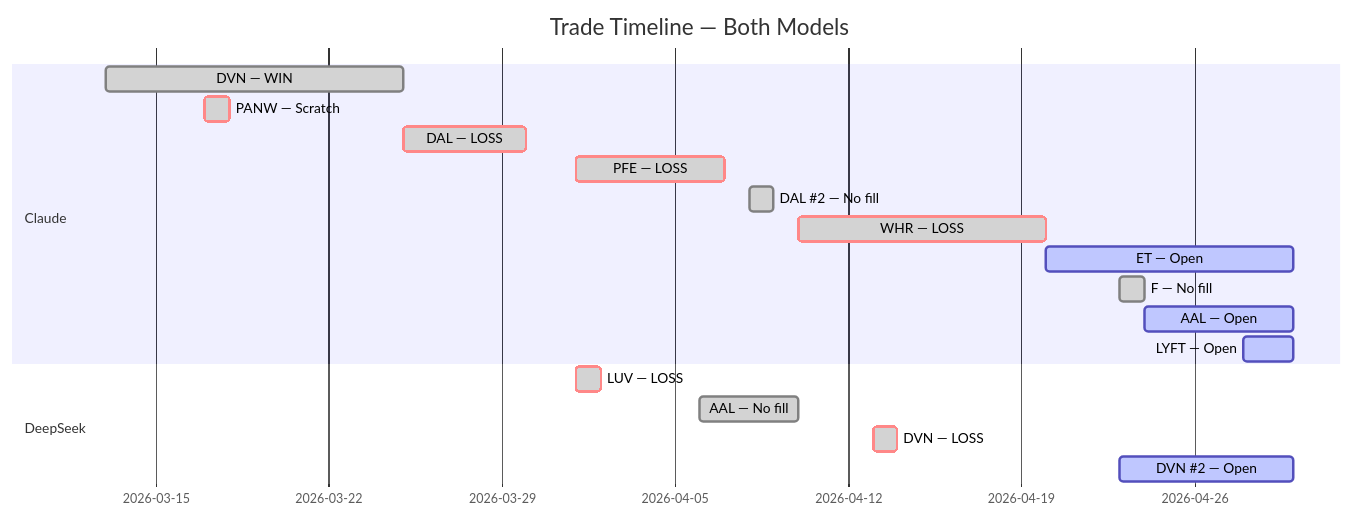
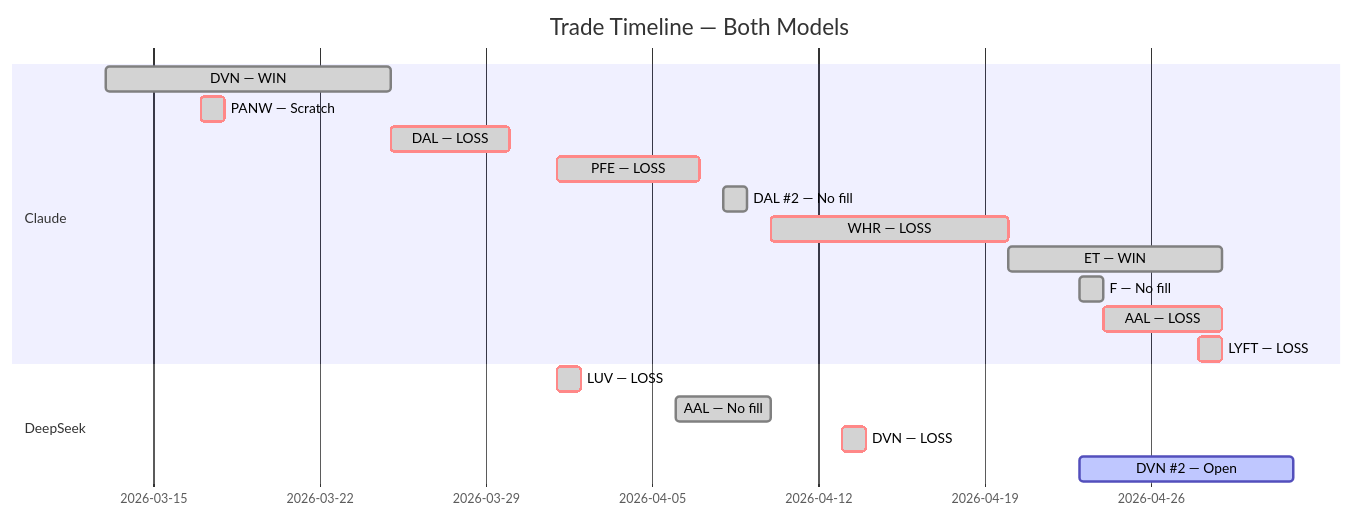
Before and after one commit to zachisit/ai-auto-buy-thesis: the fifth of 5 diagrams in README.md, drawn with Mermaid. The commit also changed other lines of this file and 2 other files, not shown here.

Commit message:
Add 04-30 sessions; update README — ET day 8 WIN $19.82 (+$46.11), AAL/LYFT stopped 4/29, Claude 8 trades 2W/6L -$108.70; new rules: limit sells at target, 1.5 ATR stops, no airlines above $90 oil; DeepSeek DVN-002 day 6 HOLD

````diff
--- a/README.md
+++ b/README.md
@@ -62,21 +62,21 @@
 ```mermaid
 gantt
     title Trade Timeline — Both Models
     dateFormat YYYY-MM-DD
     section Claude
     DVN — WIN            :done,    2026-03-13, 2026-03-25
     PANW — Scratch       :crit, done, 2026-03-17, 2026-03-18
     DAL — LOSS           :crit, done, 2026-03-25, 2026-03-30
     PFE — LOSS           :crit, done, 2026-04-01, 2026-04-07
     DAL #2 — No fill     :done,    2026-04-08, 2026-04-09
     WHR — LOSS           :crit, done, 2026-04-10, 2026-04-20
-    ET — Open            :active,  2026-04-20, 2026-04-30
+    ET — WIN             :done,    2026-04-20, 2026-04-29
     F — No fill          :done,    2026-04-23, 2026-04-24
-    AAL — Open           :active,  2026-04-24, 2026-04-30
-    LYFT — Open          :active,  2026-04-28, 2026-04-30
+    AAL — LOSS           :crit, done, 2026-04-24, 2026-04-29
+    LYFT — LOSS          :crit, done, 2026-04-28, 2026-04-29
     section DeepSeek
     LUV — LOSS           :crit, done, 2026-04-01, 2026-04-02
     AAL — No fill        :done,    2026-04-06, 2026-04-10
     DVN — LOSS           :crit, done, 2026-04-13, 2026-04-14
-    DVN #2 — Open        :active,  2026-04-23, 2026-04-30
+    DVN #2 — Open        :active,  2026-04-23, 2026-05-02
 ```
````
